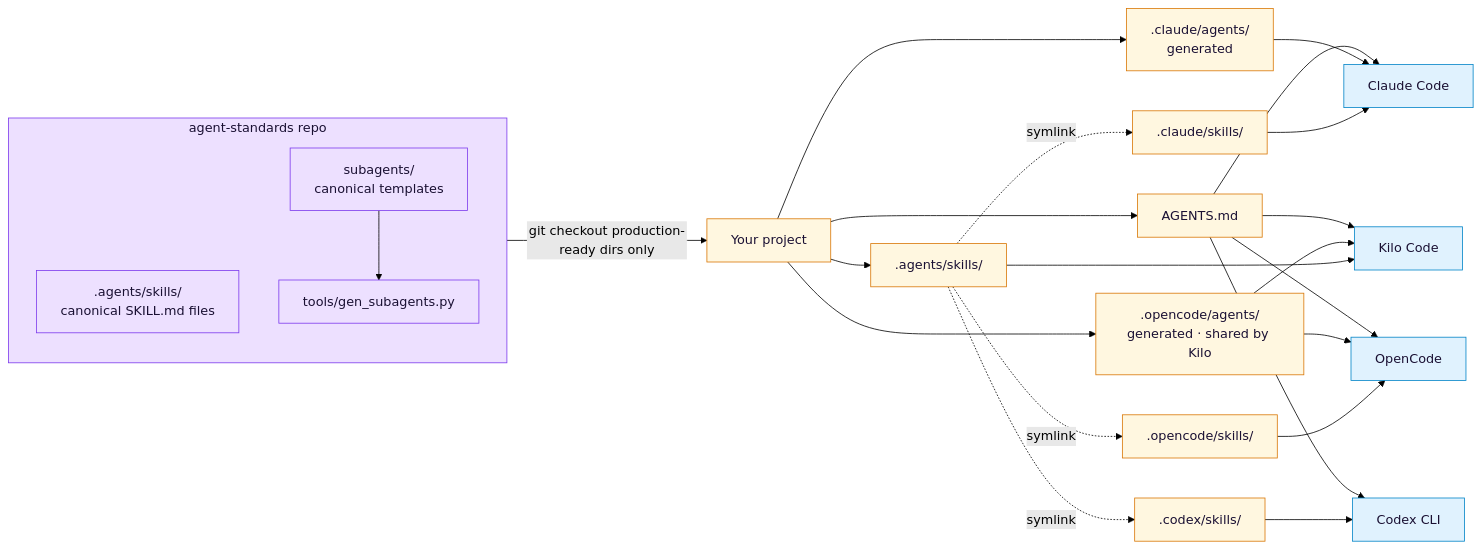
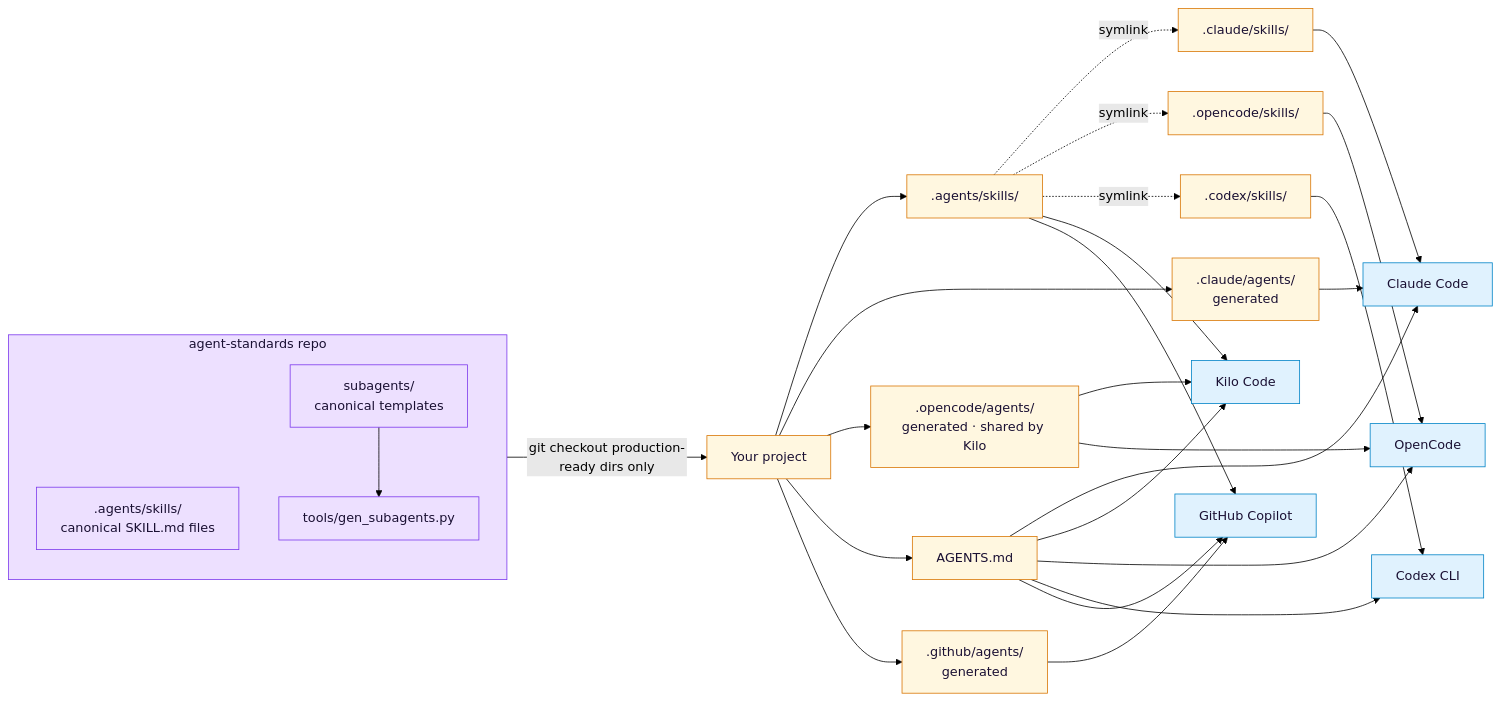
The diagram in README.md (Lukk17/agent-standards), drawn with Mermaid (forest theme) before and after one commit. The commit also changed other lines of this file, not shown here.

Commit message:
docs(readme): update counts, Copilot, and agent-skills alignment

````diff
--- a/README.md
+++ b/README.md
@@ -73,35 +78,39 @@
 ```mermaid
 graph LR
     subgraph AS[agent-standards repo]
       ASK[.agents/skills/<br/>canonical SKILL.md files]
       SU[subagents/<br/>canonical templates]
       GEN[tools/gen_subagents.py]
       SU --> GEN
     end
     AS -->|git checkout production-ready dirs only| P[Your project]
     P --> SK[.agents/skills/]
     P --> CA[.claude/agents/<br/>generated]
     P --> OA[.opencode/agents/<br/>generated · shared by Kilo]
     P --> AG[AGENTS.md]
     SK -.symlink.-> CL[.claude/skills/]
     SK -.symlink.-> OC[.opencode/skills/]
     SK -.symlink.-> CX[.codex/skills/]
     CL --> Claude[Claude Code]
     SK --> Kilo[Kilo Code]
     OC --> OpenCode[OpenCode]
     CX --> Codex[Codex CLI]
     CA --> Claude
     OA --> Kilo
     OA --> OpenCode
     AG --> Claude
     AG --> Kilo
     AG --> OpenCode
     AG --> Codex
+    P --> GH[.github/agents/<br/>generated]
+    GH --> Copilot[GitHub Copilot]
+    SK --> Copilot
+    AG --> Copilot
 
     classDef src fill:#ede0ff,stroke:#7c3aed,color:#1a1033
     classDef consumer fill:#fff7e0,stroke:#d97706,color:#1a1033
     classDef tool fill:#e0f2fe,stroke:#0284c7,color:#1a1033
     class AS,ASK,SU,GEN src
-    class P,SK,CA,OA,AG,CL,OC,CX consumer
-    class Claude,Kilo,OpenCode,Codex tool
+    class P,SK,CA,OA,AG,CL,OC,CX,GH consumer
+    class Claude,Kilo,OpenCode,Codex,Copilot tool
 ```
````
